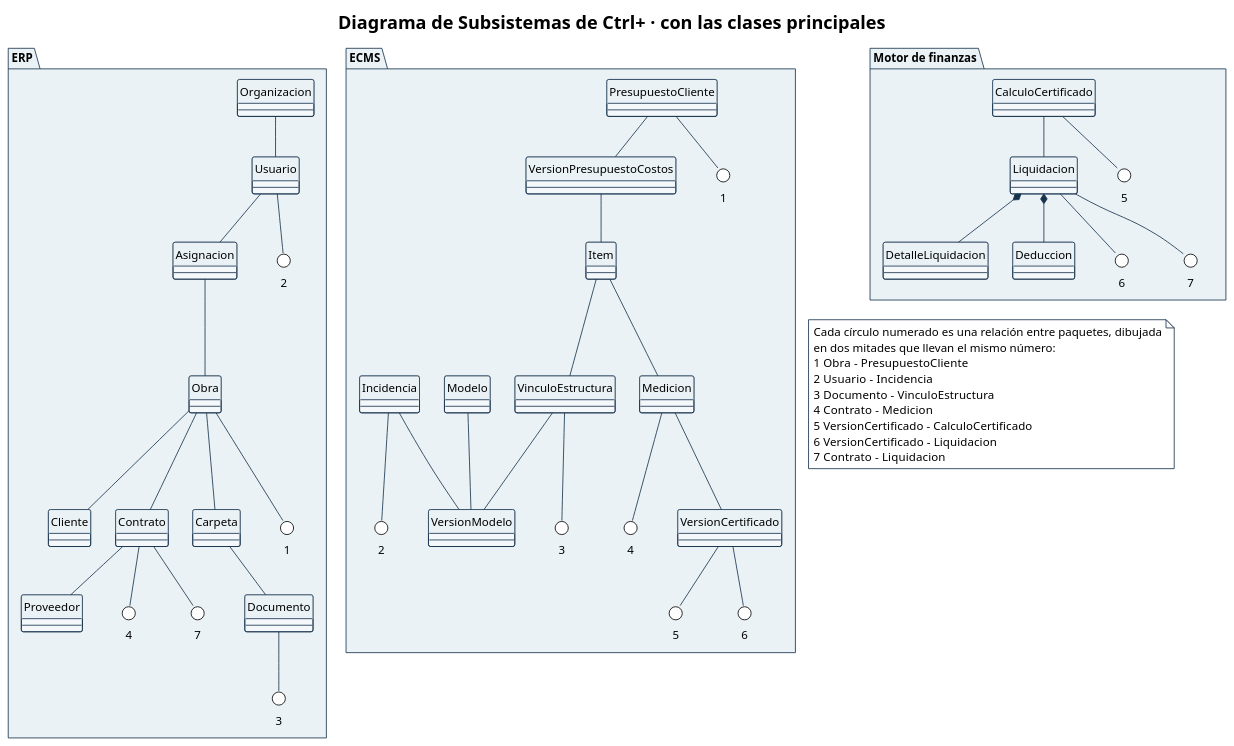
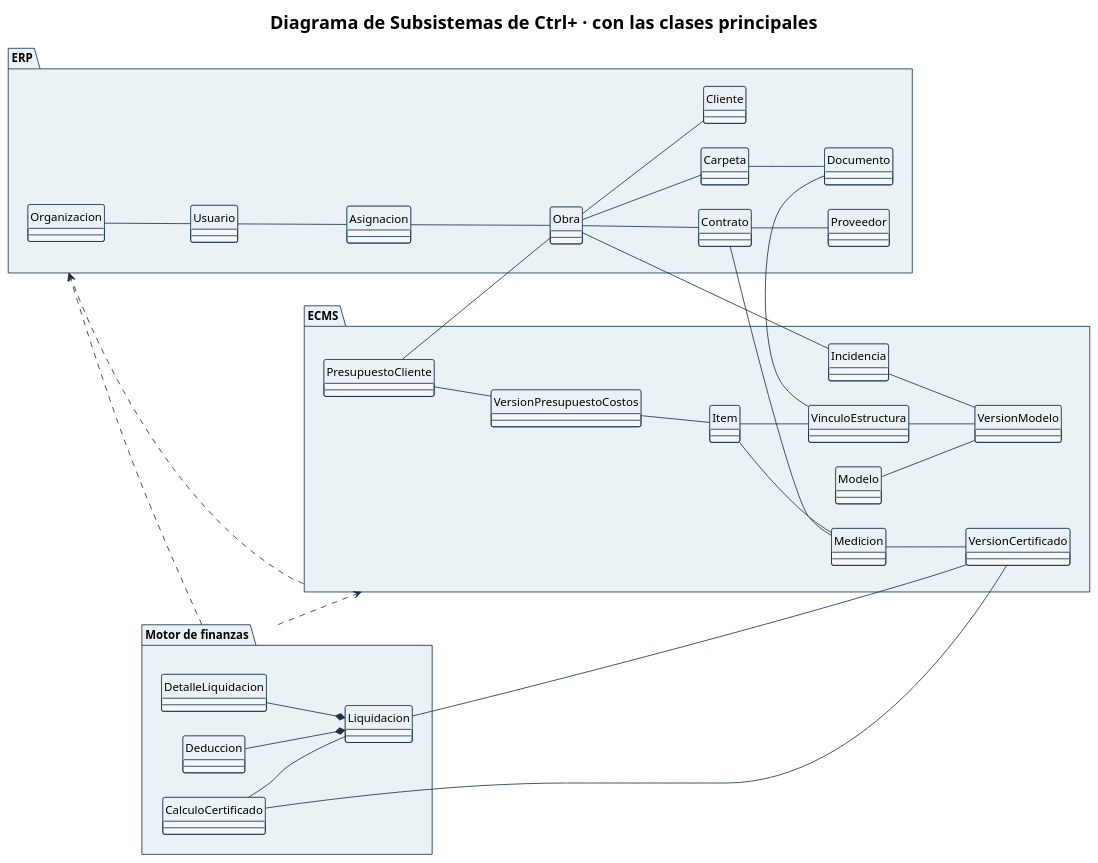
Before and after one commit to Ssrrb/tpf-uca: the diagram in diagramas/CU-00-paquetes-2-clases.puml, drawn with PlantUML.

Commit message:
TPC 07: conexiones entre paquetes dibujadas directamente, sin círculos numerados
Claude-Session: https://claude.ai/code/session_01SsyG3wUJjJavC4bKm9ePMa

```diff
--- a/diagramas/CU-00-paquetes-2-clases.puml
+++ b/diagramas/CU-00-paquetes-2-clases.puml
@@ -1,151 +1,114 @@
 @startuml
 !theme plain
 skinparam style strictuml
 skinparam shadowing false
 skinparam defaultFontName Arial
 skinparam defaultFontSize 14
 skinparam ArrowColor #17324D
 skinparam activity {
   StartColor #17324D
   EndColor #17324D
   BarColor #17324D
   BackgroundColor #F5F8FA
   BorderColor #17324D
   DiamondBackgroundColor #EAF2F6
   DiamondBorderColor #17324D
 }
 skinparam swimlane {
   BorderColor #17324D
   TitleBackgroundColor #EAF2F6
 }
 skinparam state {
   StartColor #17324D
   EndColor #17324D
   BackgroundColor #F5F8FA
   BorderColor #17324D
 }
 skinparam package {
   BackgroundColor #EAF2F6
   BorderColor #17324D
 }
 skinparam note {
   BackgroundColor #FFFFFF
   BorderColor #17324D
 }
 title Diagrama de Subsistemas de Ctrl+ · con las clases principales
 skinparam classAttributeIconSize 0
 skinparam nodesep 30
-skinparam ranksep 40
+skinparam ranksep 70
 skinparam class {
   BackgroundColor #F5F8FA
   BorderColor #17324D
   HeaderBackgroundColor #EAF2F6
 }
-skinparam circle {
-  BackgroundColor #FFFFFF
-  BorderColor #17324D
-}
 show empty fields
 show empty methods
-
-' Cada relación que cruza de un paquete a otro se dibuja en dos mitades
-' unidas por el mismo número, para que ninguna línea atraviese el diagrama.
+left to right direction
 
 package "ERP" as erp {
   class Organizacion
   class Usuario
   class Asignacion
   class Obra
   class Cliente
   class Proveedor
   class Contrato
   class Carpeta
   class Documento
-  circle "1" as e1
-  circle "2" as e2
-  circle "3" as e3
-  circle "4" as e4
-  circle "7" as e7
 }
 
 package "ECMS" as ecms {
   class PresupuestoCliente
   class VersionPresupuestoCostos
   class Item
   class Medicion
   class VersionCertificado
   class Modelo
   class VersionModelo
   class VinculoEstructura
   class Incidencia
-  circle "1" as s1
-  circle "2" as s2
-  circle "3" as s3
-  circle "4" as s4
-  circle "5" as s5
-  circle "6" as s6
 }
 
 package "Motor de finanzas" as mf {
   class CalculoCertificado
   class Liquidacion
   class DetalleLiquidacion
   class Deduccion
-  circle "5" as m5
-  circle "6" as m6
-  circle "7" as m7
 }
 
 Organizacion -- Usuario
 Usuario -- Asignacion
 Asignacion -- Obra
 Obra -- Cliente
 Obra -- Carpeta
 Carpeta -- Documento
 Obra -- Contrato
 Contrato -- Proveedor
 
 PresupuestoCliente -- VersionPresupuestoCostos
 VersionPresupuestoCostos -- Item
 Item -- Medicion
 Medicion -- VersionCertificado
 Item -- VinculoEstructura
 VinculoEstructura -- VersionModelo
 Modelo -- VersionModelo
 Incidencia -- VersionModelo
 
-Liquidacion *-- DetalleLiquidacion
-Liquidacion *-- Deduccion
+DetalleLiquidacion --* Liquidacion
+Deduccion --* Liquidacion
 CalculoCertificado -- Liquidacion
 
-Obra -- e1
-Usuario -- e2
-Documento -- e3
-Contrato -- e4
-Contrato -- e7
-PresupuestoCliente -- s1
-Incidencia -- s2
-VinculoEstructura -- s3
-Medicion -- s4
-VersionCertificado -- s5
-VersionCertificado -- s6
-CalculoCertificado -- m5
-Liquidacion -- m6
-Liquidacion -- m7
+' Conexiones entre paquetes
+Obra -- PresupuestoCliente
+Obra -- Incidencia
+Documento -- VinculoEstructura
+Contrato -- Medicion
+CalculoCertificado -- VersionCertificado
+VersionCertificado -- Liquidacion
 
-note as Leyenda
-  Cada círculo numerado es una relación entre paquetes, dibujada
-  en dos mitades que llevan el mismo número:
-  1  Obra – PresupuestoCliente
-  2  Usuario – Incidencia
-  3  Documento – VinculoEstructura
-  4  Contrato – Medicion
-  5  VersionCertificado – CalculoCertificado
-  6  VersionCertificado – Liquidacion
-  7  Contrato – Liquidacion
-end note
-Organizacion -[hidden]right- PresupuestoCliente
-PresupuestoCliente -[hidden]right- CalculoCertificado
-DetalleLiquidacion -[hidden]down- Leyenda
+' Dependencias entre paquetes
+ecms ..> erp
+mf ..> ecms
+mf ..> erp
 
 @enduml
```
